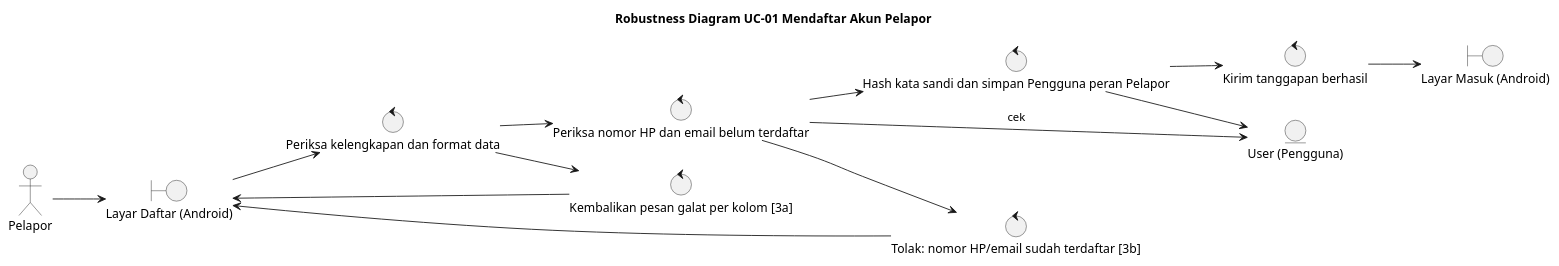
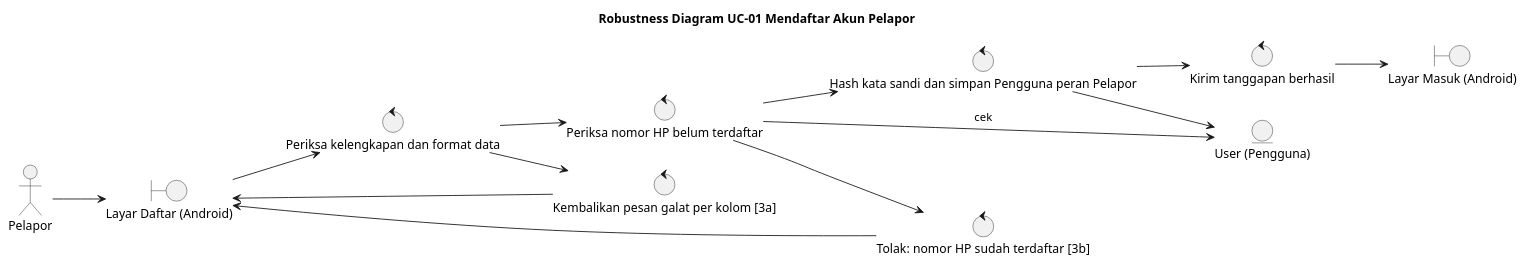
Before and after one commit to wirapatigilang/laporapi-api-web: the diagram in specs/001-uc01-register-reporter/iconix/uc01-robustness.puml, drawn with PlantUML. The commit also changed 33 other files, not shown here.

First line of the commit message:
Masuk dengan nomor HP + kata sandi, email dihapus (UC-01, UC-02)

```diff
--- a/specs/001-uc01-register-reporter/iconix/uc01-robustness.puml
+++ b/specs/001-uc01-register-reporter/iconix/uc01-robustness.puml
@@ -1,26 +1,26 @@
 @startuml
 left to right direction
 title Robustness Diagram UC-01 Mendaftar Akun Pelapor
 actor "Pelapor" as pel
 boundary "Layar Daftar (Android)" as bDaftar
 control "Periksa kelengkapan dan format data" as cFormat
-control "Periksa nomor HP dan email belum terdaftar" as cUnik
+control "Periksa nomor HP belum terdaftar" as cUnik
 control "Hash kata sandi dan simpan Pengguna peran Pelapor" as cSimpan
 control "Kirim tanggapan berhasil" as cOk
 control "Kembalikan pesan galat per kolom [3a]" as cErrKolom
-control "Tolak: nomor HP/email sudah terdaftar [3b]" as cErrAda
+control "Tolak: nomor HP sudah terdaftar [3b]" as cErrAda
 entity "User (Pengguna)" as ePengguna
 boundary "Layar Masuk (Android)" as bMasuk
 pel --> bDaftar
 bDaftar --> cFormat
 cFormat --> cUnik
 cUnik --> ePengguna : cek
 cUnik --> cSimpan
 cSimpan --> ePengguna
 cSimpan --> cOk
 cOk --> bMasuk
 cFormat --> cErrKolom
 cErrKolom --> bDaftar
 cUnik --> cErrAda
 cErrAda --> bDaftar
 @enduml
```
